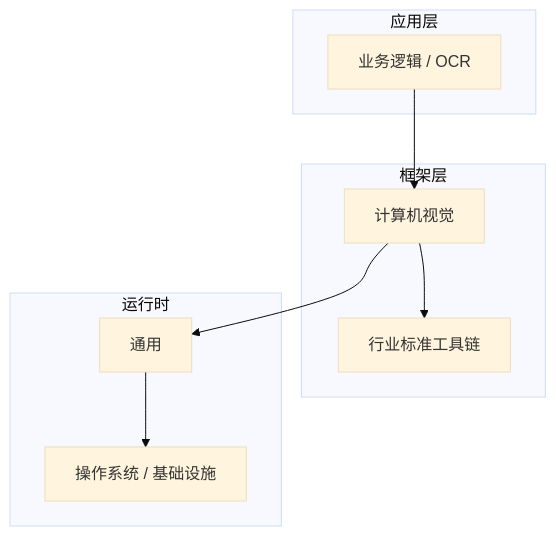
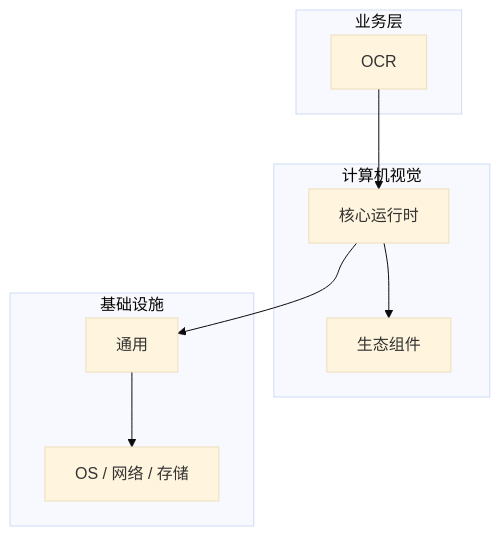
One commit to yanggan2015/knowledge-json-v2 changed the diagram in articles/计算机视觉/chapters/081-OCR核心概念与原理.md. Above: the diagram before and after it, drawn with Mermaid (base theme). The commit also changed other lines of this file and 10127 other files, not shown here.

````diff
--- a/articles/计算机视觉/chapters/081-OCR核心概念与原理.md
+++ b/articles/计算机视觉/chapters/081-OCR核心概念与原理.md
@@ -45,18 +30,18 @@
 ```mermaid
 graph TB
-    subgraph 应用层
-        A[业务逻辑 / OCR]
+    subgraph 业务层
+        A[OCR]
     end
-    subgraph 框架层
-        B[计算机视觉]
-        C[行业标准工具链]
+    subgraph 计算机视觉
+        B[核心运行时]
+        C[生态组件]
     end
-    subgraph 运行时
+    subgraph 基础设施
         D[通用]
-        E[操作系统 / 基础设施]
+        E[OS / 网络 / 存储]
     end
     A --> B
     B --> C
     B --> D
     D --> E
 ```
````
